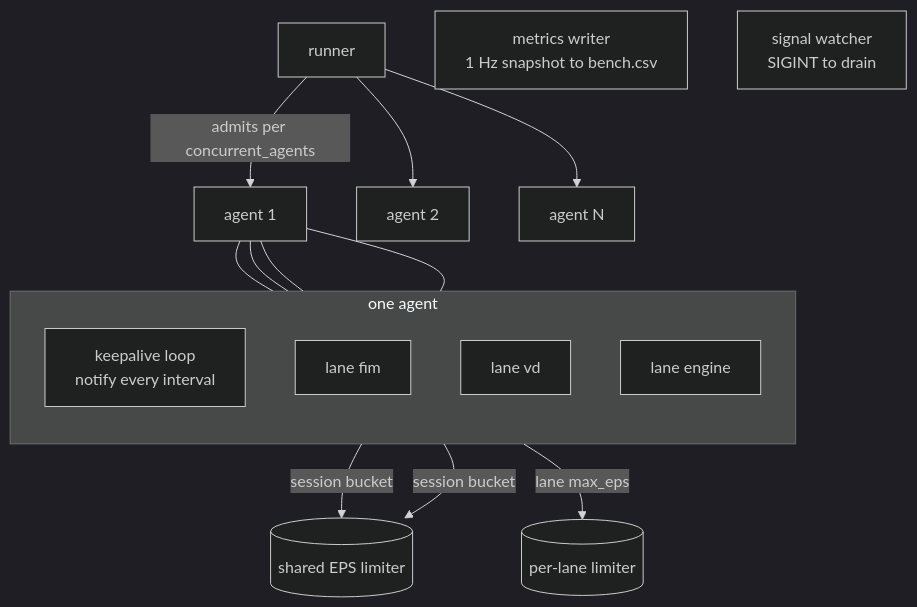
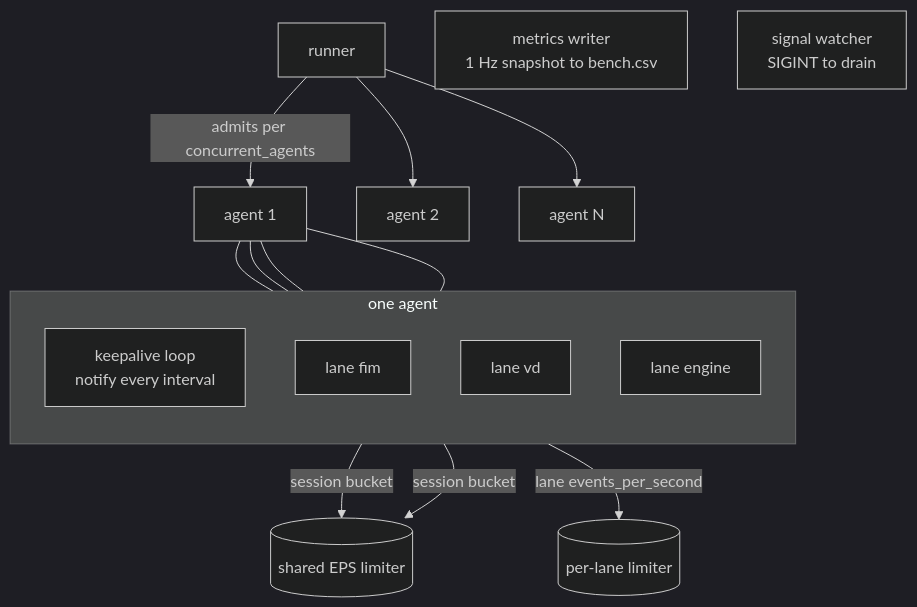
Before and after one commit to wazuh/wazuh: the diagram in tools/manager_benchmark/tool_simulator/docu/08-concurrency-and-pacing.md, drawn with Mermaid (dark theme). The commit also changed other lines of this file and 37 other files, not shown here.

````diff
--- a/tools/manager_benchmark/tool_simulator/docu/08-concurrency-and-pacing.md
+++ b/tools/manager_benchmark/tool_simulator/docu/08-concurrency-and-pacing.md
@@ -5,24 +5,24 @@
 ```mermaid
 flowchart TD
     R[runner] -->|admits per concurrent_agents| A1[agent 1]
     R --> A2[agent 2]
     R --> An[agent N]
     W["metrics writer<br/>1 Hz snapshot to bench.csv"]
     S["signal watcher<br/>SIGINT to drain"]
 
     subgraph one_agent [one agent]
       direction TB
       K["keepalive loop<br/>notify every interval"]
       L1[lane fim]
       L2[lane vd]
       L3[lane engine]
     end
     A1 --- K
     A1 --- L1
     A1 --- L2
     A1 --- L3
 
     L1 -->|session bucket| RL[(shared EPS limiter)]
     L2 -->|session bucket| RL
-    L3 -->|lane max_eps| LE[(per-lane limiter)]
+    L3 -->|lane events_per_second| LE[(per-lane limiter)]
 ```
````
